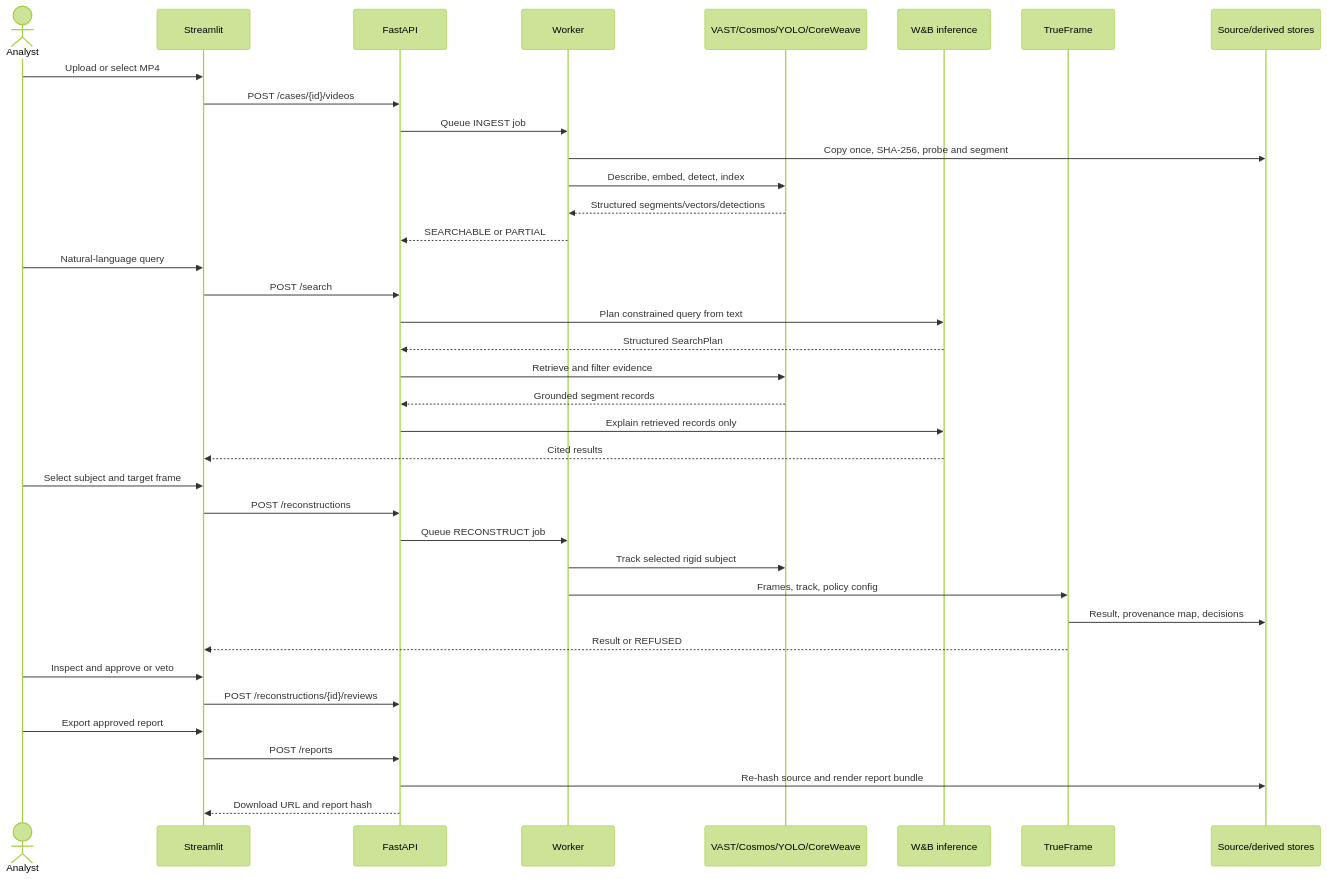
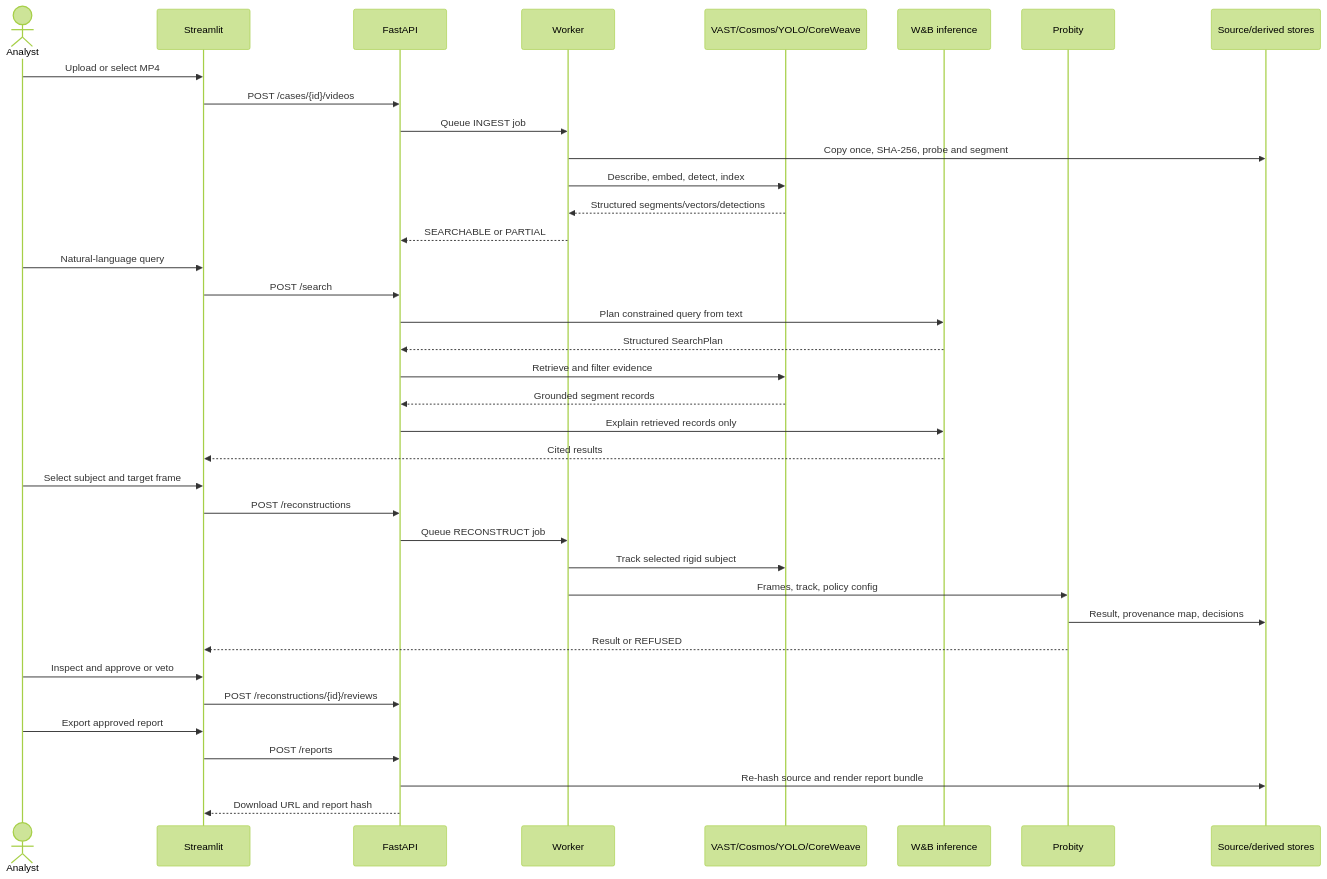
One commit to 4rkooo/Probity changed the second of 2 diagrams in PROBITY_TECHNICAL_DESIGN.md. Above: the diagram before and after it, drawn with Mermaid (forest theme). The commit also changed other lines of this file and 23 other files, not shown here.

First line of the commit message:
refactor: rename TrueFrame to Probity and fix Provity spelling

````diff
--- a/PROBITY_TECHNICAL_DESIGN.md
+++ b/PROBITY_TECHNICAL_DESIGN.md
@@ -111,40 +111,40 @@
 ```mermaid
 sequenceDiagram
     actor Analyst
     participant UI as Streamlit
     participant API as FastAPI
     participant Worker
     participant Sponsors as VAST/Cosmos/YOLO/CoreWeave
     participant Agent as W&B inference
-    participant TF as TrueFrame
+    participant TF as Probity
     participant Store as Source/derived stores
 
     Analyst->>UI: Upload or select MP4
     UI->>API: POST /cases/{id}/videos
     API->>Worker: Queue INGEST job
     Worker->>Store: Copy once, SHA-256, probe and segment
     Worker->>Sponsors: Describe, embed, detect, index
     Sponsors-->>Worker: Structured segments/vectors/detections
     Worker-->>API: SEARCHABLE or PARTIAL
     Analyst->>UI: Natural-language query
     UI->>API: POST /search
     API->>Agent: Plan constrained query from text
     Agent-->>API: Structured SearchPlan
     API->>Sponsors: Retrieve and filter evidence
     Sponsors-->>API: Grounded segment records
     API->>Agent: Explain retrieved records only
     Agent-->>UI: Cited results
     Analyst->>UI: Select subject and target frame
     UI->>API: POST /reconstructions
     API->>Worker: Queue RECONSTRUCT job
     Worker->>Sponsors: Track selected rigid subject
     Worker->>TF: Frames, track, policy config
     TF->>Store: Result, provenance map, decisions
     TF-->>UI: Result or REFUSED
     Analyst->>UI: Inspect and approve or veto
     UI->>API: POST /reconstructions/{id}/reviews
     Analyst->>UI: Export approved report
     UI->>API: POST /reports
     API->>Store: Re-hash source and render report bundle
     API-->>UI: Download URL and report hash
 ```
````
